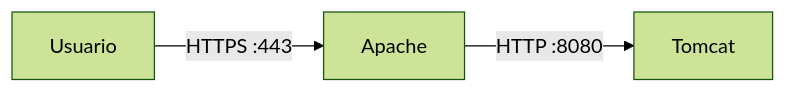
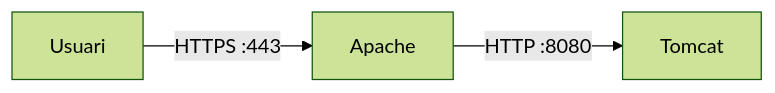
The fourth of 6 diagrams in docs/daw-daw/up3/04-seguridad-servidor-aplicaciones.md (jordicido/jordicina), drawn with Mermaid (forest theme) before and after one commit. The commit also changed other lines of this file and 10 other files, not shown here.

````diff
--- a/docs/daw-daw/up3/04-seguridad-servidor-aplicaciones.md
+++ b/docs/daw-daw/up3/04-seguridad-servidor-aplicaciones.md
@@ -268,5 +268,5 @@
 ```mermaid
 flowchart LR
-    U["Usuario"] -->|"HTTPS :443"| A["Apache"]
+    U["Usuari"] -->|"HTTPS :443"| A["Apache"]
     A -->|"HTTP :8080"| T["Tomcat"]
 ```
````
